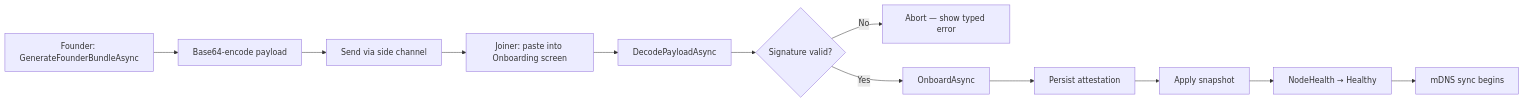
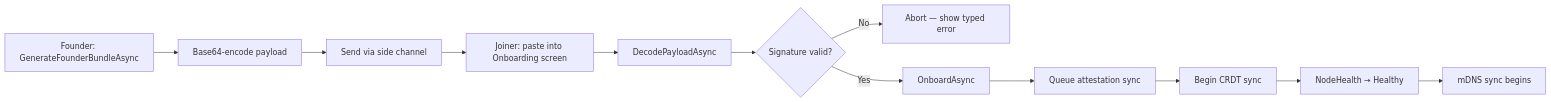
The second of 3 diagrams in chapters/part-4-implementation-playbooks/ch17-building-first-node.md (ctwoodwa/the-inverted-stack), drawn with Mermaid before and after one commit. The commit also changed other lines of this file and 4 other files, not shown here.

````diff
--- a/chapters/part-4-implementation-playbooks/ch17-building-first-node.md
+++ b/chapters/part-4-implementation-playbooks/ch17-building-first-node.md
@@ -261,14 +261,14 @@
 ```mermaid
 flowchart LR
     A[Founder: GenerateFounderBundleAsync] --> B[Base64-encode payload]
     B --> C[Send via side channel]
     C --> D[Joiner: paste into Onboarding screen]
     D --> E[DecodePayloadAsync]
     E --> F{Signature valid?}
     F -->|No| G[Abort — show typed error]
     F -->|Yes| H[OnboardAsync]
-    H --> I[Persist attestation]
-    I --> J[Apply snapshot]
+    H --> I[Queue attestation sync]
+    I --> J[Begin CRDT sync]
     J --> K[NodeHealth → Healthy]
     K --> L[mDNS sync begins]
 ```
````
